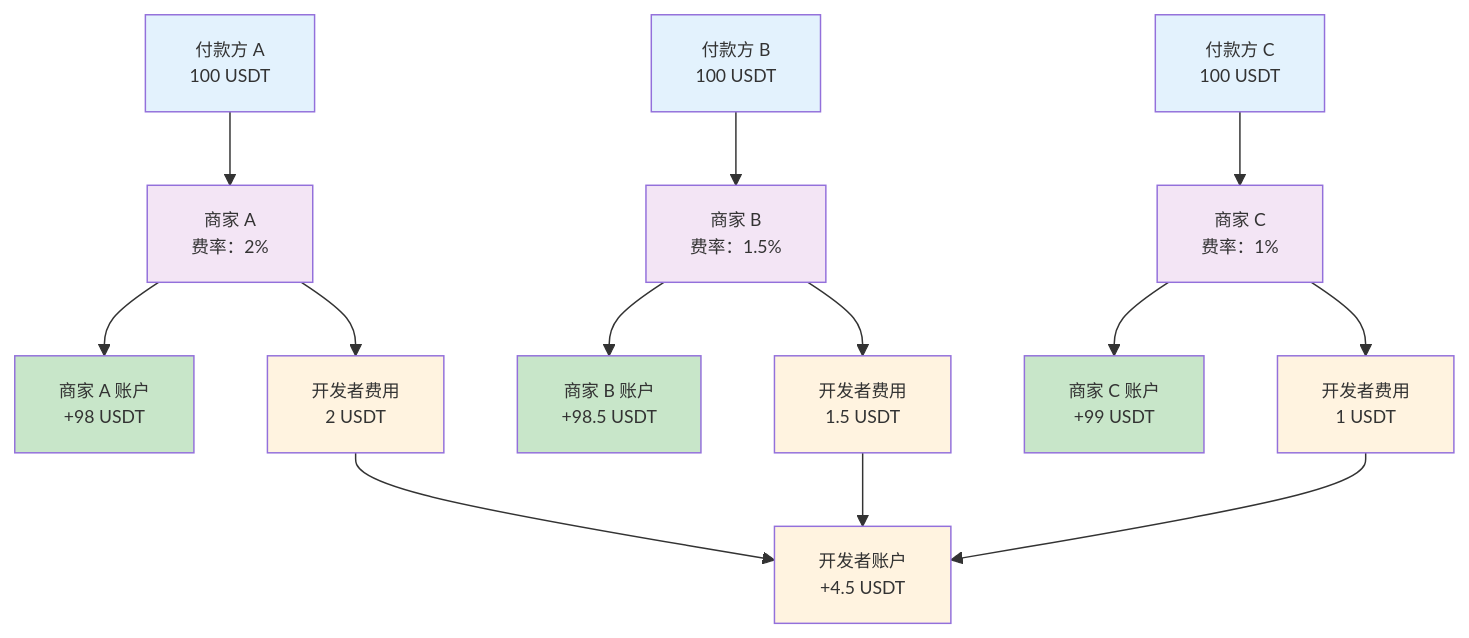
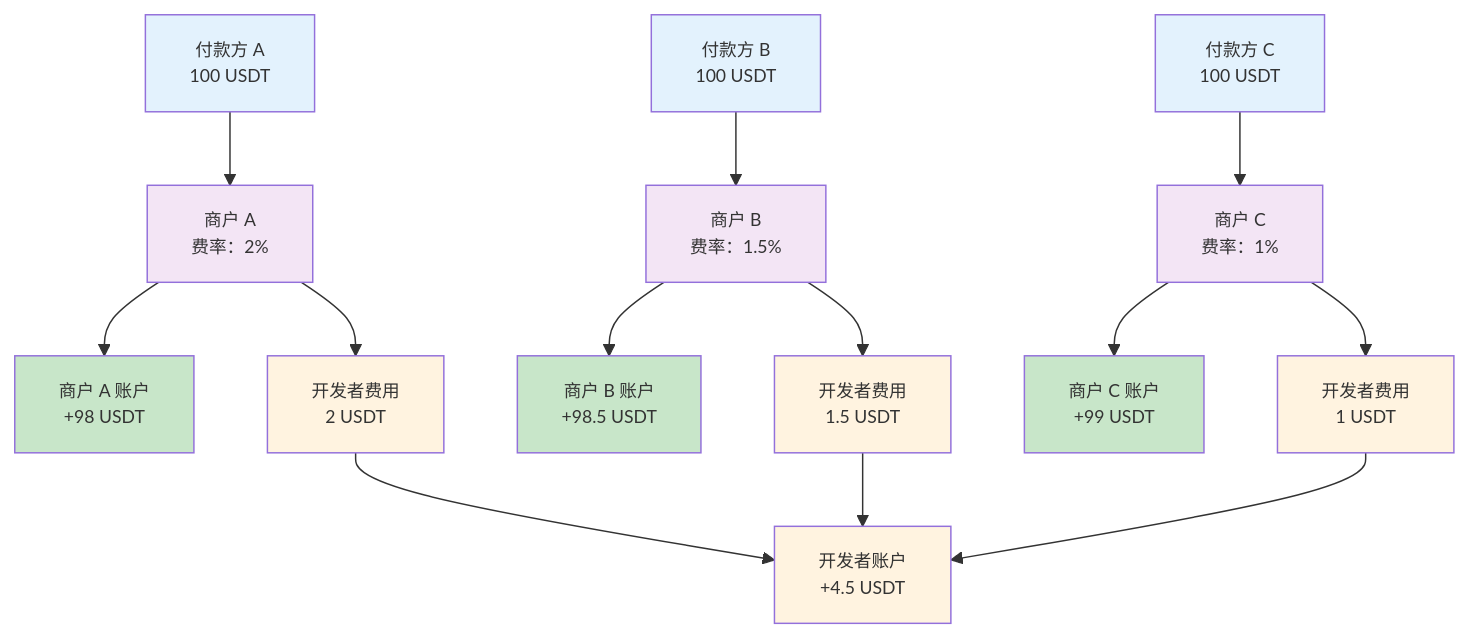
The diagram in payments/cn/guides/merchants.mdx (rcsh1/payments-manual), drawn with Mermaid before and after one commit. The commit also changed other lines of this file and 13 other files, not shown here.

````diff
--- a/payments/cn/guides/merchants.mdx
+++ b/payments/cn/guides/merchants.mdx
@@ -9,34 +9,34 @@
 ```mermaid
 %%{init: {'themeVariables': { 'fontSize': '12px'}}}%%
 graph TD
-    A[付款方 A<br/>100 USDT] --> B[商家 A<br/>费率：2%]
-    C[付款方 B<br/>100 USDT] --> D[商家 B<br/>费率：1.5%]
-    E[付款方 C<br/>100 USDT] --> F[商家 C<br/>费率：1%]
-    
-    B --> G[商家 A 账户<br/>+98 USDT]
+    A[付款方 A<br/>100 USDT] --> B[商户 A<br/>费率：2%]
+    C[付款方 B<br/>100 USDT] --> D[商户 B<br/>费率：1.5%]
+    E[付款方 C<br/>100 USDT] --> F[商户 C<br/>费率：1%]
+
+    B --> G[商户 A 账户<br/>+98 USDT]
     B --> H[开发者费用<br/>2 USDT]
-    
-    D --> I[商家 B 账户<br/>+98.5 USDT]
+
+    D --> I[商户 B 账户<br/>+98.5 USDT]
     D --> J[开发者费用<br/>1.5 USDT]
-    
-    F --> K[商家 C 账户<br/>+99 USDT]
+
+    F --> K[商户 C 账户<br/>+99 USDT]
     F --> L[开发者费用<br/>1 USDT]
     
     H --> M[开发者账户<br/>+4.5 USDT]
     J --> M
     L --> M
     
     style A fill:#e3f2fd
     style C fill:#e3f2fd
     style E fill:#e3f2fd
     style B fill:#f3e5f5
     style D fill:#f3e5f5
     style F fill:#f3e5f5
     style G fill:#c8e6c9
     style I fill:#c8e6c9
     style K fill:#c8e6c9
     style H fill:#fff3e0
     style J fill:#fff3e0
     style L fill:#fff3e0
     style M fill:#fff3e0
 ```
````
